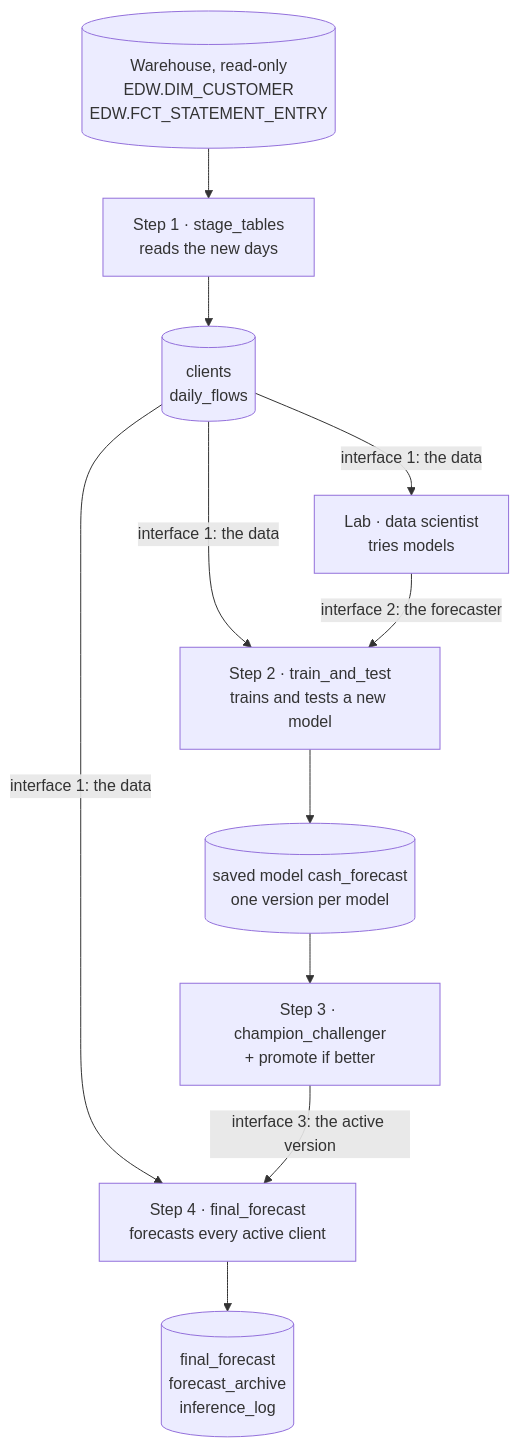
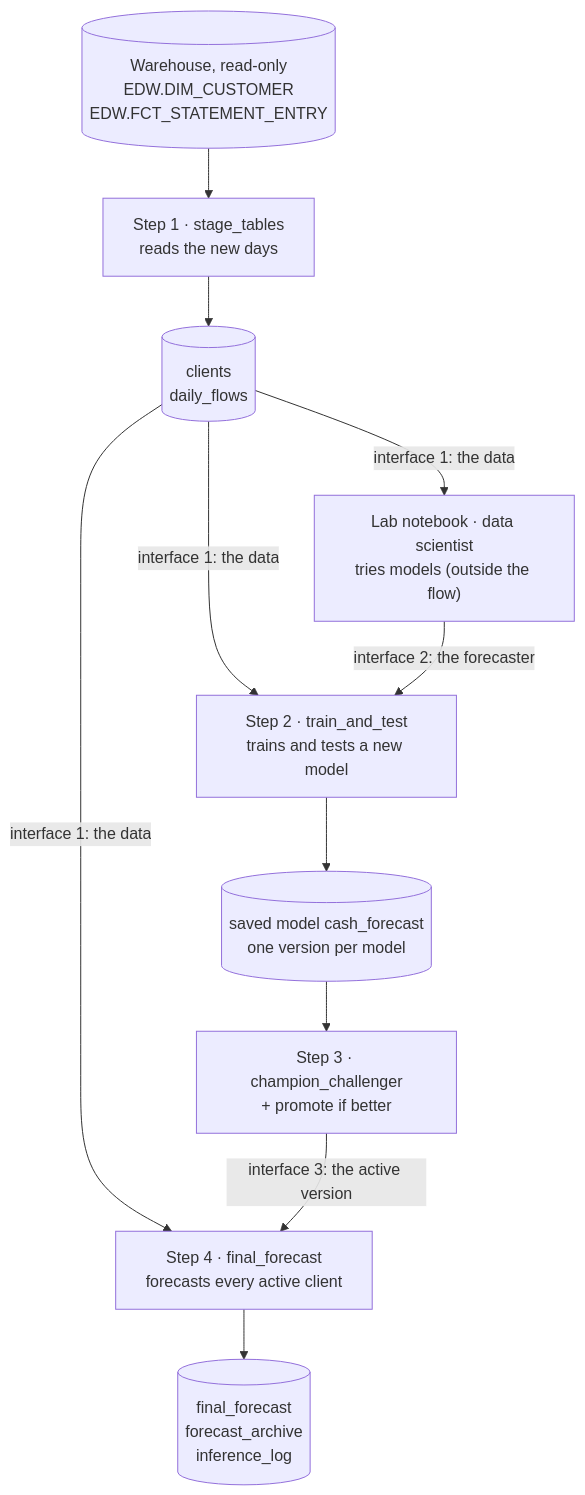
One commit to CharbelDaher34/ideal-guacamole changed the diagram in docs/how_it_works.md. Above: the diagram before and after it, drawn with Mermaid. The commit also changed other lines of this file and 21 other files, not shown here.

````diff
--- a/docs/how_it_works.md
+++ b/docs/how_it_works.md
@@ -20,21 +20,21 @@
 ```mermaid
 flowchart TB
   W[("Warehouse, read-only<br/>EDW.DIM_CUSTOMER<br/>EDW.FCT_STATEMENT_ENTRY")]
   S["Step 1 · stage_tables<br/>reads the new days"]
   D[("clients<br/>daily_flows")]
   T["Step 2 · train_and_test<br/>trains and tests a new model"]
   V[("saved model cash_forecast<br/>one version per model")]
   C["Step 3 · champion_challenger<br/>+ promote if better"]
   F["Step 4 · final_forecast<br/>forecasts every active client"]
   O[("final_forecast<br/>forecast_archive<br/>inference_log")]
-  L["Lab · data scientist<br/>tries models"]
+  L["Lab notebook · data scientist<br/>tries models (outside the flow)"]
 
   W --> S --> D
   D -- "interface 1: the data" --> T
   D -- "interface 1: the data" --> F
   D -- "interface 1: the data" --> L
   L -- "interface 2: the forecaster" --> T
   T --> V --> C
   C -- "interface 3: the active version" --> F
   F --> O
 ```
````
